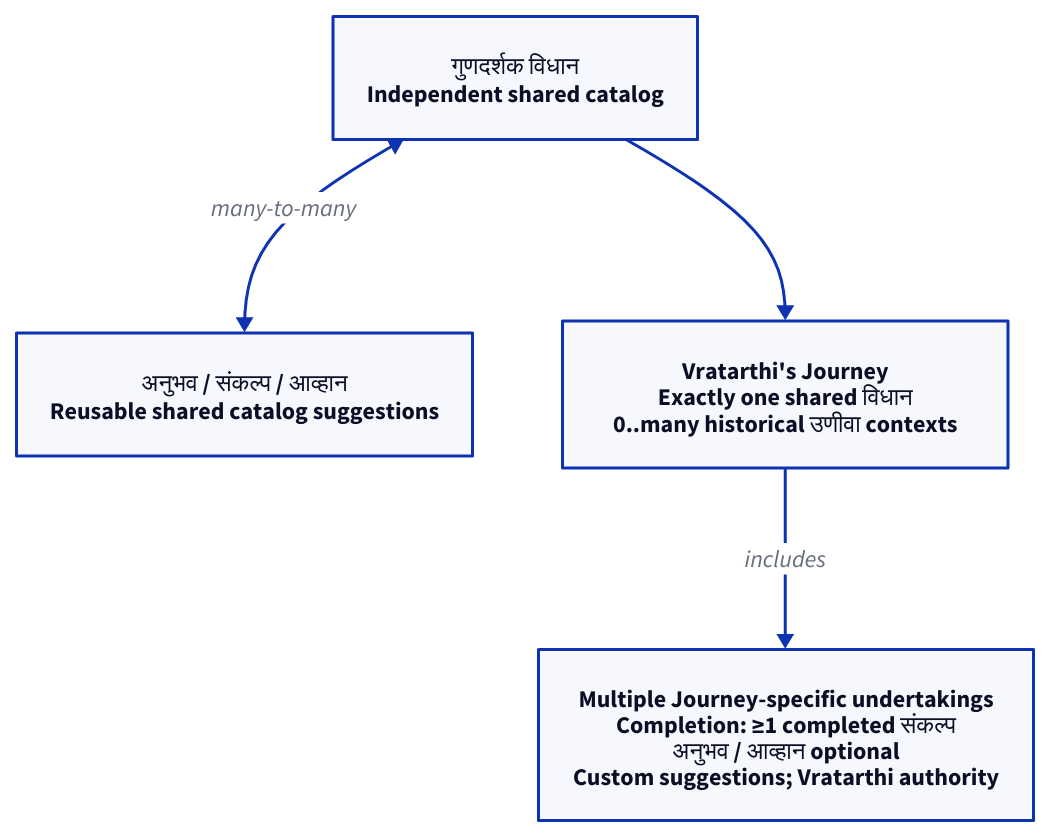
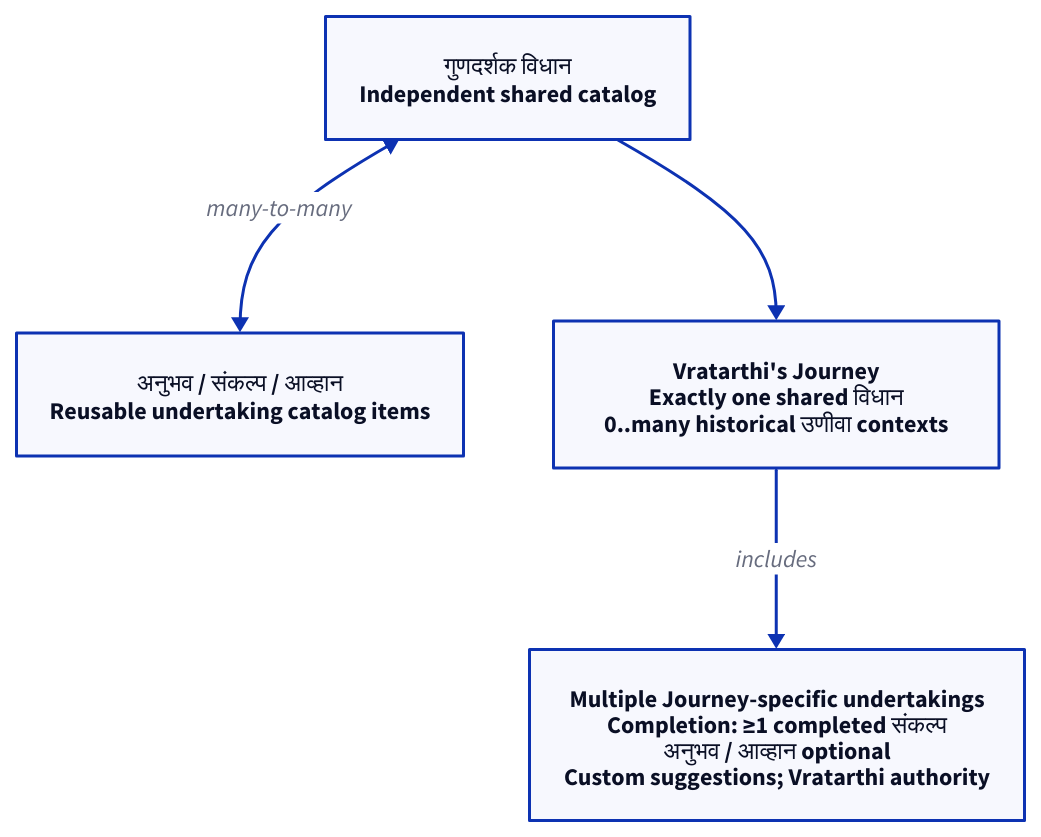
The diagram in product-design/03-ontology-and-domain-model/diagrams/journey-undertakings.d2 (omchavan-jp/veervrat-app), drawn with D2 before and after one commit. The commit also changed 20 other files, not shown here.

```diff
--- a/product-design/03-ontology-and-domain-model/diagrams/journey-undertakings.d2
+++ b/product-design/03-ontology-and-domain-model/diagrams/journey-undertakings.d2
@@ -1,9 +1,9 @@
-# Projection of PD-013 and PD-014. MDX is semantic truth; no workflow sequence.
+# Projection of PD-013 and PD-014; PD-023 clarifies catalog-item terminology only.
 direction: down
 expression: "गुणदर्शक विधान\nIndependent shared catalog" {class: core}
-suggestion: "अनुभव / संकल्प / आव्हान\nReusable shared catalog suggestions" {class: platform}
+suggestion: "अनुभव / संकल्प / आव्हान\nReusable undertaking catalog items" {class: platform}
 journey: "Vratarthi's Journey\nExactly one shared विधान\n0..many historical उणीवा contexts" {class: core}
 undertaking: "Multiple Journey-specific undertakings\nCompletion: ≥1 completed संकल्प\nअनुभव / आव्हान optional\nCustom suggestions; Vratarthi authority" {class: platform}
 expression <-> suggestion: "many-to-many" {class: support}
 expression -> journey: {class: progression}
 journey -> undertaking: "includes" {class: progression}
```
